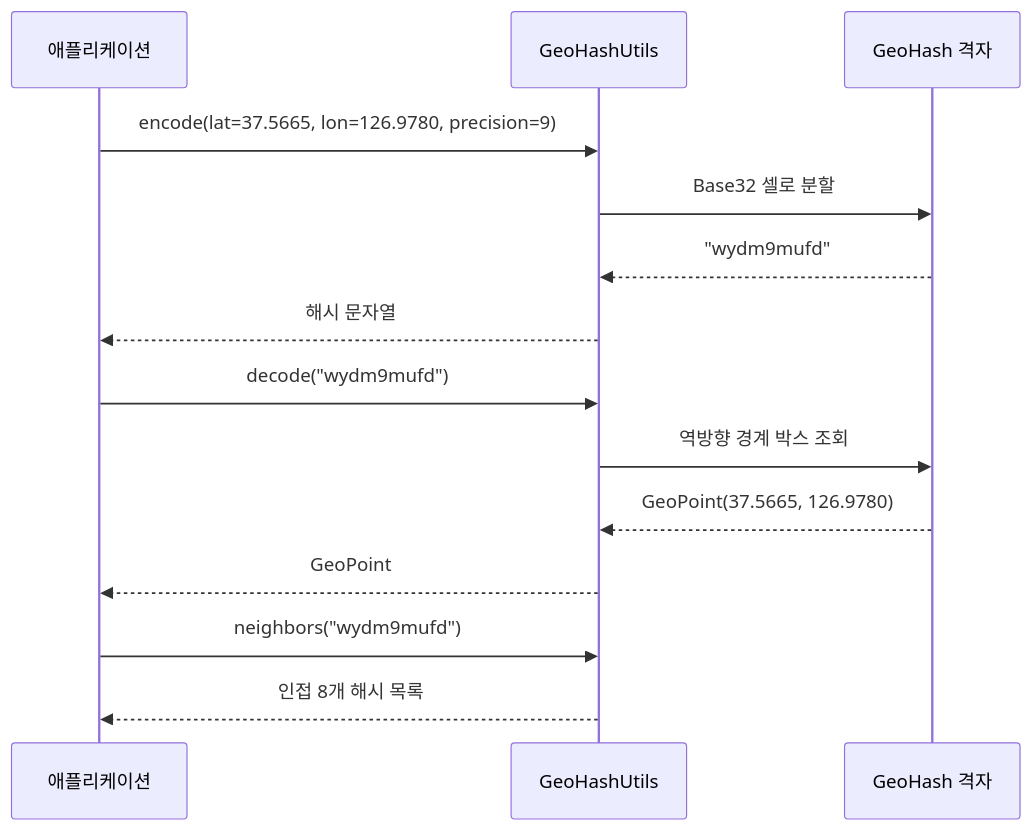
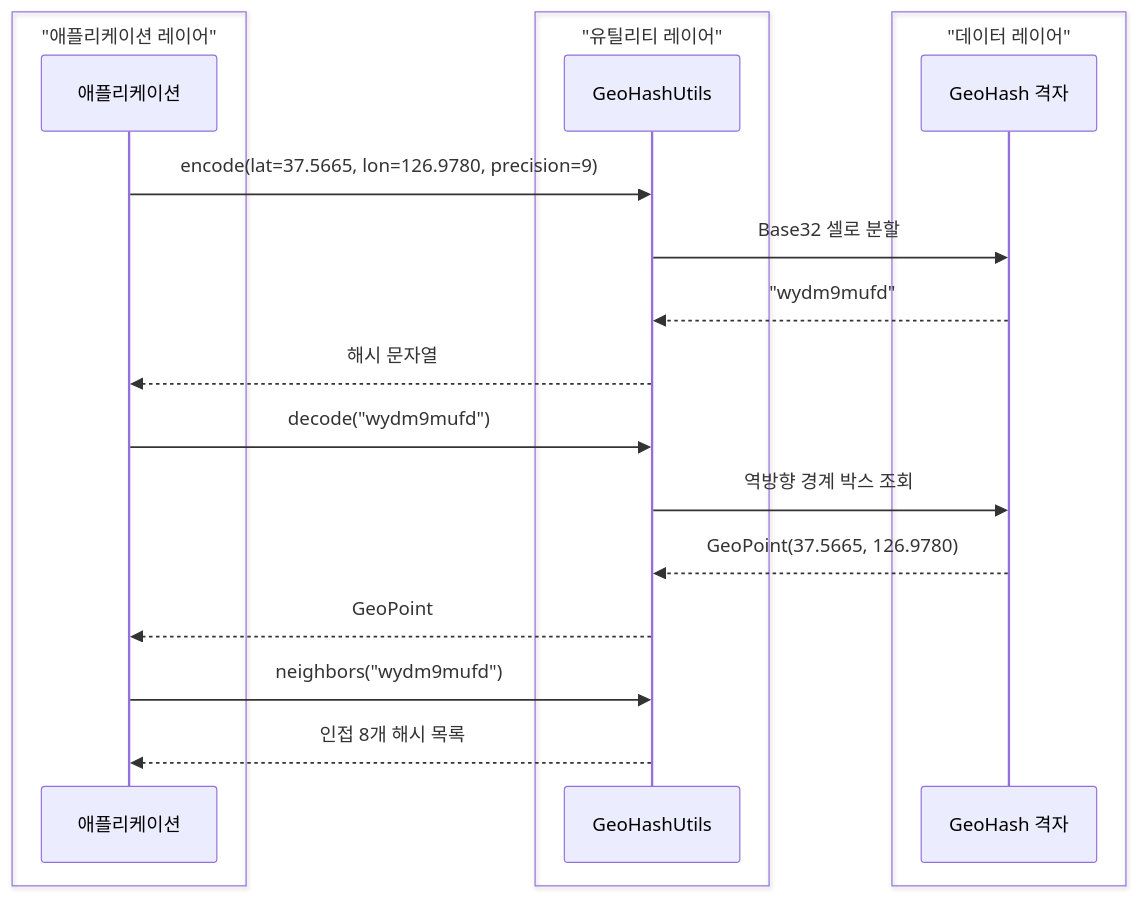
The third of 3 diagrams in utils/geo/README.ko.md (bluetape4k/bluetape4k-projects), drawn with Mermaid before and after one commit. The commit also changed other lines of this file and 221 other files, not shown here.

First line of the commit message:
docs: 전체 모듈 README UML 다이어그램 보강 및 색상 업그레이드

````diff
--- a/utils/geo/README.ko.md
+++ b/utils/geo/README.ko.md
@@ -81,19 +102,29 @@
 ```mermaid
 sequenceDiagram
     participant App as 애플리케이션
     participant GH as GeoHashUtils
     participant Grid as GeoHash 격자
+
+    box "애플리케이션 레이어" #E8F5E9
+    participant App as 애플리케이션
+    end
+    box "유틸리티 레이어" #FFF3E0
+    participant GH as GeoHashUtils
+    end
+    box "데이터 레이어" #E3F2FD
+    participant Grid as GeoHash 격자
+    end
 
     App->>GH: encode(lat=37.5665, lon=126.9780, precision=9)
     GH->>Grid: Base32 셀로 분할
     Grid-->>GH: "wydm9mufd"
     GH-->>App: 해시 문자열
 
     App->>GH: decode("wydm9mufd")
     GH->>Grid: 역방향 경계 박스 조회
     Grid-->>GH: GeoPoint(37.5665, 126.9780)
     GH-->>App: GeoPoint
 
     App->>GH: neighbors("wydm9mufd")
     GH-->>App: 인접 8개 해시 목록
 ```
````
